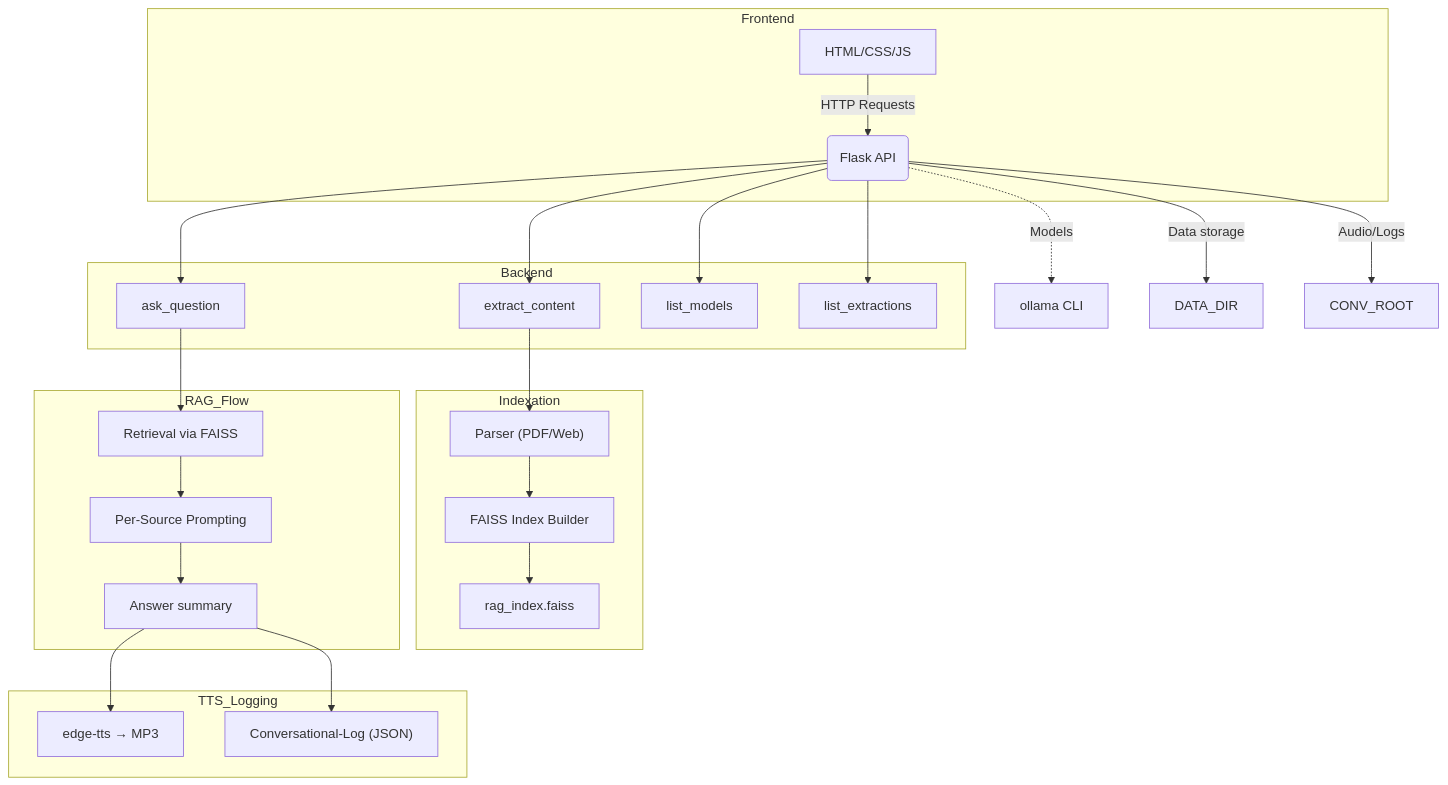
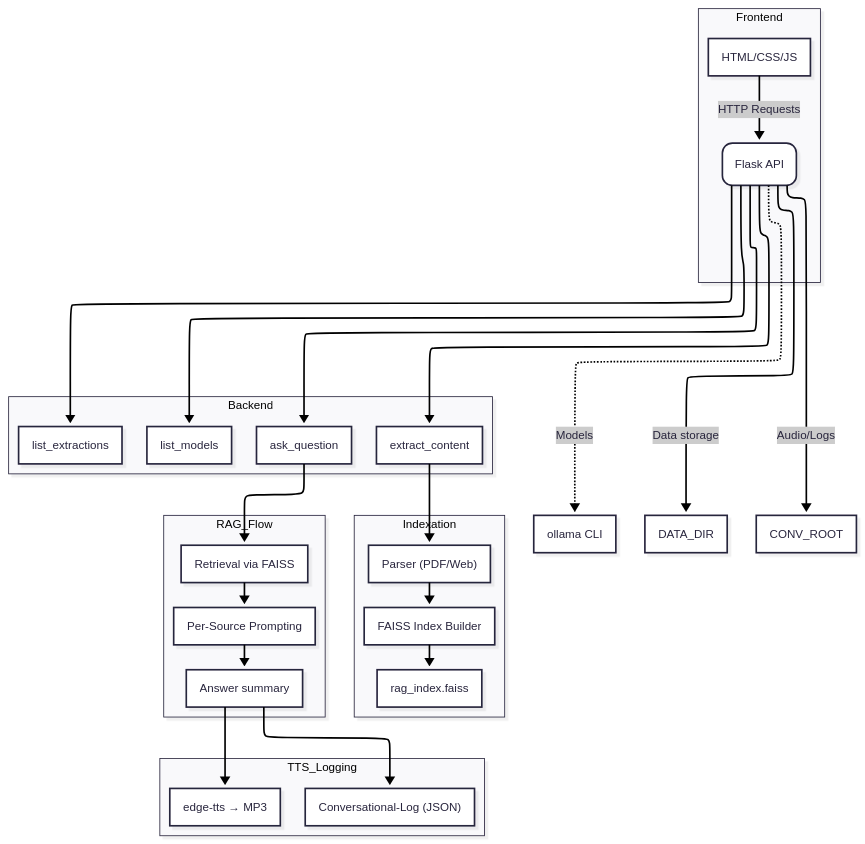
Before and after one commit to stefanpietrusky/IEC: the diagram in README.md, drawn with Mermaid.

````diff
--- a/README.md
+++ b/README.md
@@ -13,34 +13,45 @@
 ```mermaid
+---
+config:
+  theme: redux
+  look: neo
+  layout: elk
+---
 flowchart TB
-  subgraph Frontend
-    A[HTML/CSS/JS] -->|HTTP Requests| B(Flask API)
+ subgraph Frontend["Frontend"]
+        B("Flask API")
+        A["HTML/CSS/JS"]
   end
-
-  subgraph Backend
-    B --> C[extract_content]
-    B --> D[ask_question]
-    B --> E[list_models]
-    B --> F[list_extractions]
+ subgraph Backend["Backend"]
+        C["extract_content"]
+        D["ask_question"]
+        E["list_models"]
+        F["list_extractions"]
   end
-
-  subgraph Indexation
-    C --> G["Parser (PDF/Web)"]
-    G --> H["FAISS Index Builder"]
-    H --> I["rag_index.faiss"]
+ subgraph Indexation["Indexation"]
+        G["Parser (PDF/Web)"]
+        H["FAISS Index Builder"]
+        I["rag_index.faiss"]
   end
-
-  subgraph RAG_Flow
-    D --> J["Retrieval via FAISS"]
-    J --> K["Per-Source Prompting"]
-    K --> L["Answer summary"]
+ subgraph RAG_Flow["RAG_Flow"]
+        J["Retrieval via FAISS"]
+        K["Per-Source Prompting"]
+        L["Answer summary"]
   end
-
-  subgraph TTS_Logging
-    L --> M["edge-tts → MP3"]
-    L --> O["Conversational-Log (JSON)"]
+ subgraph TTS_Logging["TTS_Logging"]
+        M["edge-tts → MP3"]
+        O["Conversational-Log (JSON)"]
   end
-
-  B -.->|Models| P[ollama CLI]
-  B -->|Data storage| DATA_DIR
-  B -->|Audio/Logs| CONV_ROOT
+    A -- HTTP Requests --> B
+    B --> C & D & E & F
+    C --> G
+    G --> H
+    H --> I
+    D --> J
+    J --> K
+    K --> L
+    L --> M & O
+    B -. Models .-> P["ollama CLI"]
+    B -- Data storage --> DATA_DIR["DATA_DIR"]
+    B -- Audio/Logs --> CONV_ROOT["CONV_ROOT"]
 ```
````
